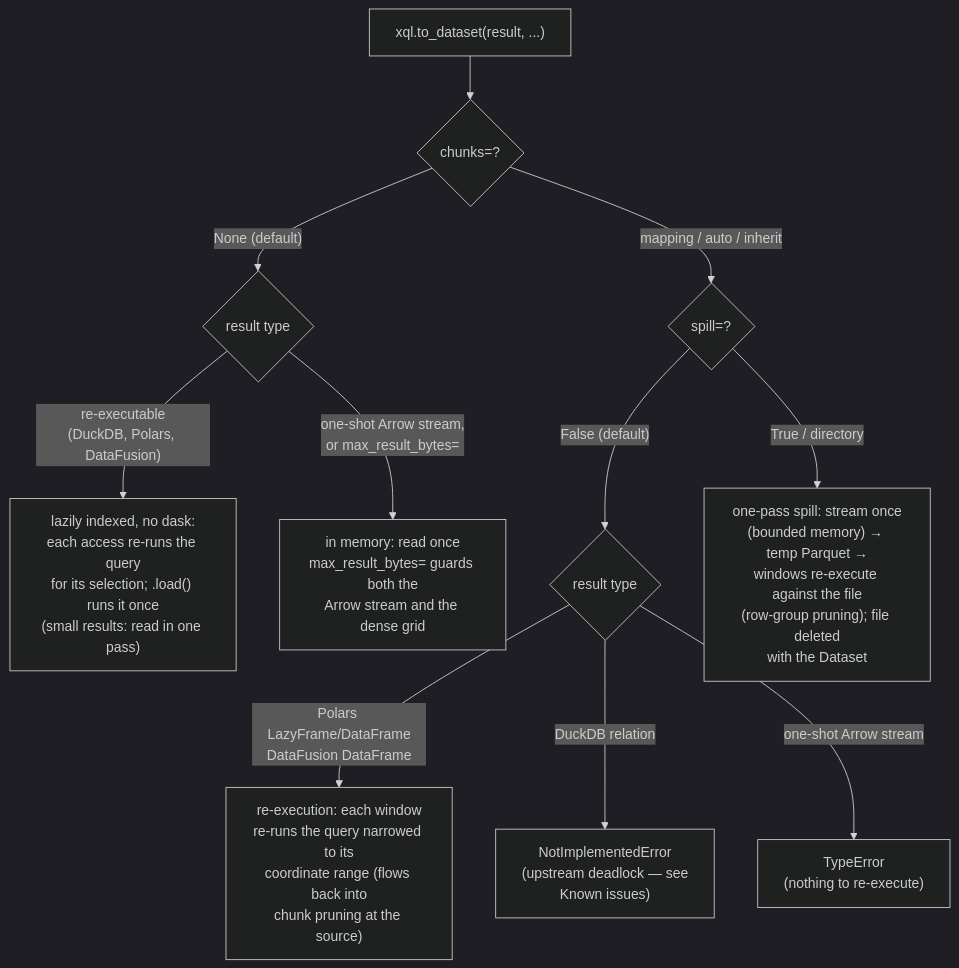
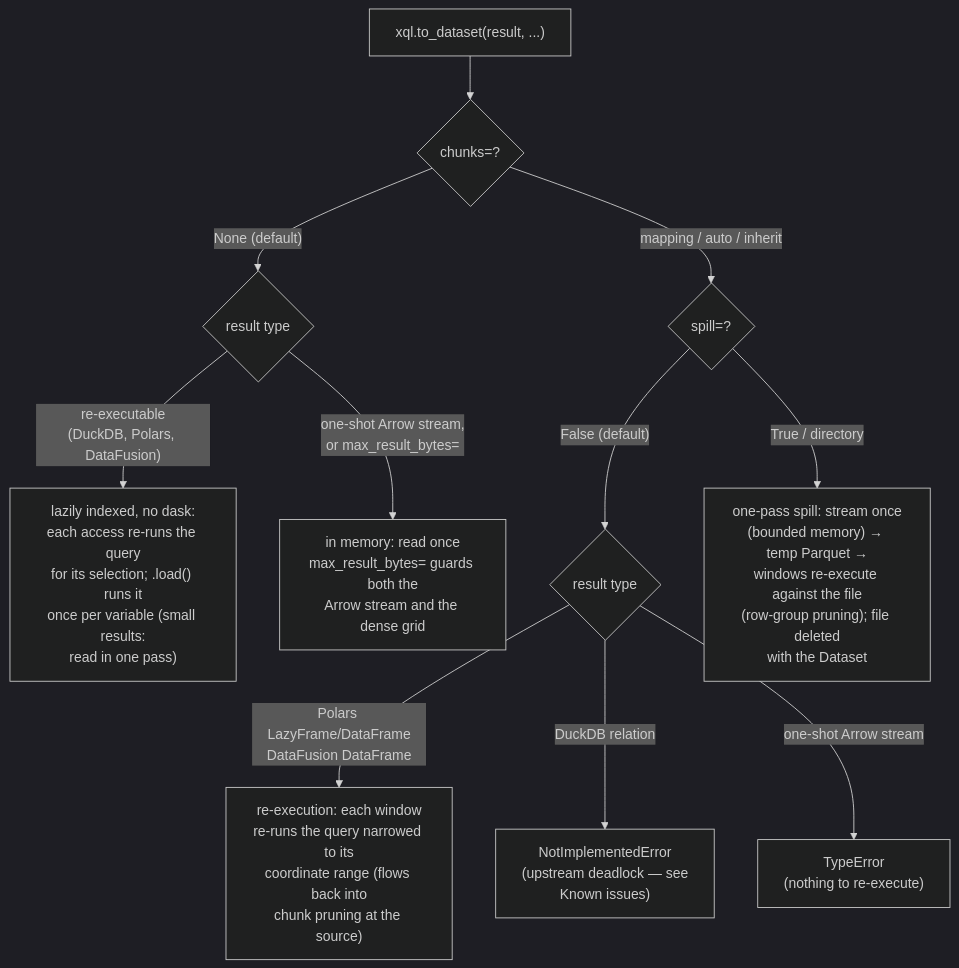
The diagram in docs/engines.md (xqlsystems/xarray-sql), drawn with Mermaid (dark theme) before and after one commit. The commit also changed other lines of this file and 8 other files, not shown here.

````diff
--- a/docs/engines.md
+++ b/docs/engines.md
@@ -501,13 +501,13 @@
 ```mermaid
 flowchart TB
     R["xql.to_dataset(result, ...)"] --> K{"chunks=?"}
     K -- "None (default)" --> LZ{"result type"}
-    LZ -- "re-executable<br/>(DuckDB, Polars, DataFusion)" --> LI["lazily indexed, no dask:<br/>each access re-runs the query<br/>for its selection; .load() runs it once<br/>(small results: read in one pass)"]
+    LZ -- "re-executable<br/>(DuckDB, Polars, DataFusion)" --> LI["lazily indexed, no dask:<br/>each access re-runs the query<br/>for its selection; .load() runs it<br/>once per variable (small results:<br/>read in one pass)"]
     LZ -- "one-shot Arrow stream,<br/>or max_result_bytes=" --> E["in memory: read once<br/>max_result_bytes= guards both the<br/>Arrow stream and the dense grid"]
     K -- "mapping / auto / inherit" --> SP{"spill=?"}
     SP -- "False (default)" --> HD{"result type"}
     HD -- "Polars LazyFrame/DataFrame<br/>DataFusion DataFrame" --> RX["re-execution: each window<br/>re-runs the query narrowed to its<br/>coordinate range (flows back into<br/>chunk pruning at the source)"]
     HD -- "DuckDB relation" --> NO["NotImplementedError<br/>(upstream deadlock — see<br/>Known issues)"]
     HD -- "one-shot Arrow stream" --> NO2["TypeError<br/>(nothing to re-execute)"]
     SP -- "True / directory" --> SPL["one-pass spill: stream once<br/>(bounded memory) → temp Parquet →<br/>windows re-execute against the file<br/>(row-group pruning); file deleted<br/>with the Dataset"]
 ```
````
